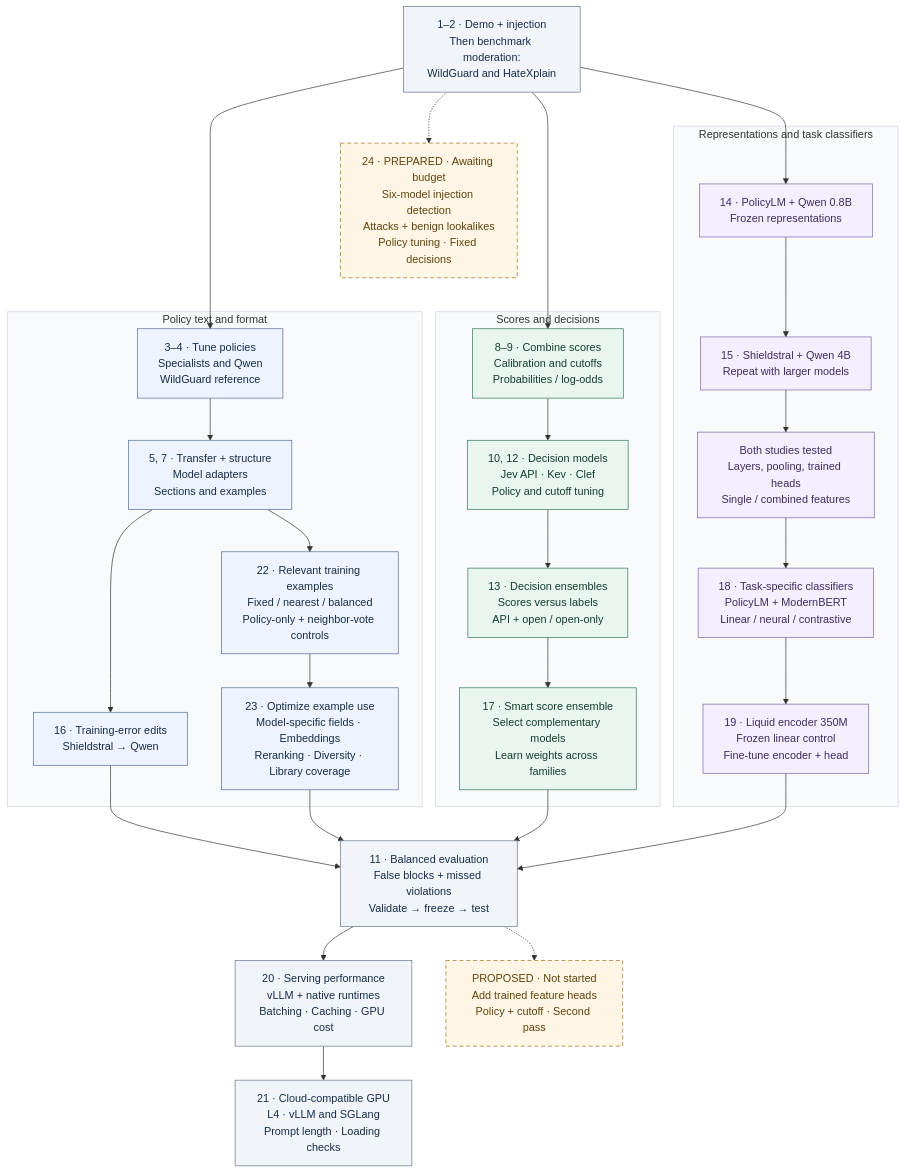
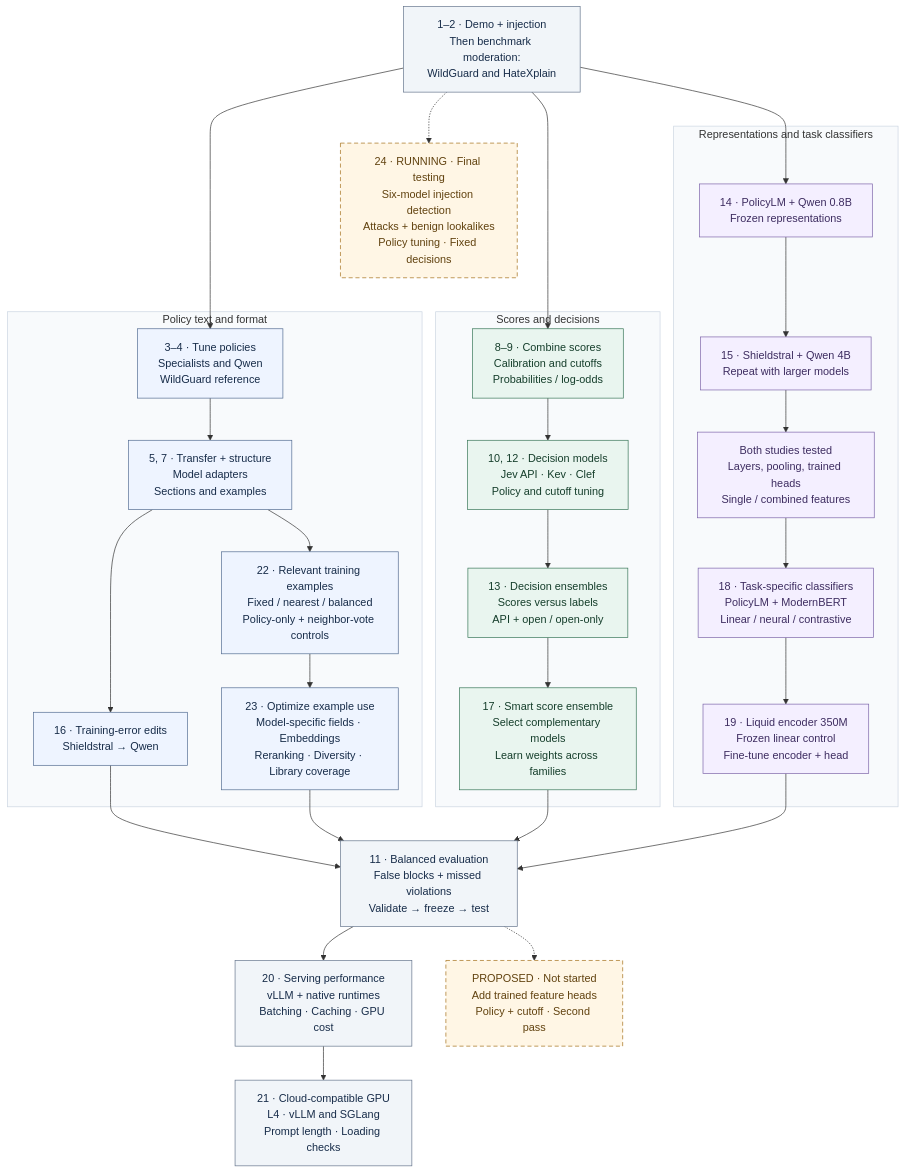
Before and after one commit to harshsinghal/safeguard-eval: the diagram in README.md, drawn with Mermaid. The commit also changed other lines of this file and 98 other files, not shown here.

Commit message:
Freeze six-model injection policies before held-out testing

````diff
--- a/README.md
+++ b/README.md
@@ -23,59 +23,59 @@
 ```mermaid
 flowchart TB
     START["1–2 · Demo + injection<br/>Then benchmark moderation:<br/>WildGuard and HateXplain"]
 
     subgraph POLICY["Policy text and format"]
         P1["3–4 · Tune policies<br/>Specialists and Qwen<br/>WildGuard reference"]
         P2["5, 7 · Transfer + structure<br/>Model adapters<br/>Sections and examples"]
         P3["16 · Training-error edits<br/>Shieldstral → Qwen"]
         P4["22 · Relevant training examples<br/>Fixed / nearest / balanced<br/>Policy-only + neighbor-vote controls"]
         P5["23 · Optimize example use<br/>Model-specific fields · Embeddings<br/>Reranking · Diversity · Library coverage"]
         P1 --> P2 --> P3
         P2 --> P4 --> P5
     end
 
     subgraph SCORES["Scores and decisions"]
         S1["8–9 · Combine scores<br/>Calibration and cutoffs<br/>Probabilities / log-odds"]
         S2["10, 12 · Decision models<br/>Jev API · Kev · Clef<br/>Policy and cutoff tuning"]
         S3["13 · Decision ensembles<br/>Scores versus labels<br/>API + open / open-only"]
         S4["17 · Smart score ensemble<br/>Select complementary models<br/>Learn weights across families"]
         S1 --> S2 --> S3 --> S4
     end
 
     subgraph FEATURES["Representations and task classifiers"]
         F1["14 · PolicyLM + Qwen 0.8B<br/>Frozen representations"]
         F2["15 · Shieldstral + Qwen 4B<br/>Repeat with larger models"]
         F3["Both studies tested<br/>Layers, pooling, trained heads<br/>Single / combined features"]
         F4["18 · Task-specific classifiers<br/>PolicyLM + ModernBERT<br/>Linear / neural / contrastive"]
         F5["19 · Liquid encoder 350M<br/>Frozen linear control<br/>Fine-tune encoder + head"]
         F1 --> F2 --> F3 --> F4 --> F5
     end
 
     START --> P1
     START --> S1
     START --> F1
     P3 --> EVIDENCE
     P5 --> EVIDENCE
     S4 --> EVIDENCE
     F5 --> EVIDENCE
     EVIDENCE["11 · Balanced evaluation<br/>False blocks + missed violations<br/>Validate → freeze → test"]
     EVIDENCE --> SERVING["20 · Serving performance<br/>vLLM + native runtimes<br/>Batching · Caching · GPU cost"]
     SERVING --> CLOUD["21 · Cloud-compatible GPU<br/>L4 · vLLM and SGLang<br/>Prompt length · Loading checks"]
     EVIDENCE -.-> NEXT["PROPOSED · Not started<br/>Add trained feature heads<br/>Policy + cutoff · Second pass"]
 
-    START -.-> INJECTION["24 · PREPARED · Awaiting budget<br/>Six-model injection detection<br/>Attacks + benign lookalikes<br/>Policy tuning · Fixed decisions"]
+    START -.-> INJECTION["24 · RUNNING · Final testing<br/>Six-model injection detection<br/>Attacks + benign lookalikes<br/>Policy tuning · Fixed decisions"]
 
     classDef neutral fill:#f1f5f9,stroke:#64748b,color:#172c49;
     classDef policy fill:#eef4ff,stroke:#526b91,color:#172c49;
     classDef scores fill:#e9f5ef,stroke:#367556,color:#153e2b;
     classDef features fill:#f4efff,stroke:#7b63a8,color:#3d2c60;
     classDef proposed fill:#fff6e5,stroke:#a36e16,color:#61420f,stroke-dasharray:6 4;
     class START,EVIDENCE,SERVING,CLOUD neutral;
     class P1,P2,P3,P4,P5 policy;
     class S1,S2,S3,S4 scores;
     class F1,F2,F3,F4,F5 features;
     class NEXT,INJECTION proposed;
     style POLICY fill:#f8fafc,stroke:#cbd5e1
     style SCORES fill:#f8fafc,stroke:#cbd5e1
     style FEATURES fill:#f8fafc,stroke:#cbd5e1
 ```
````
